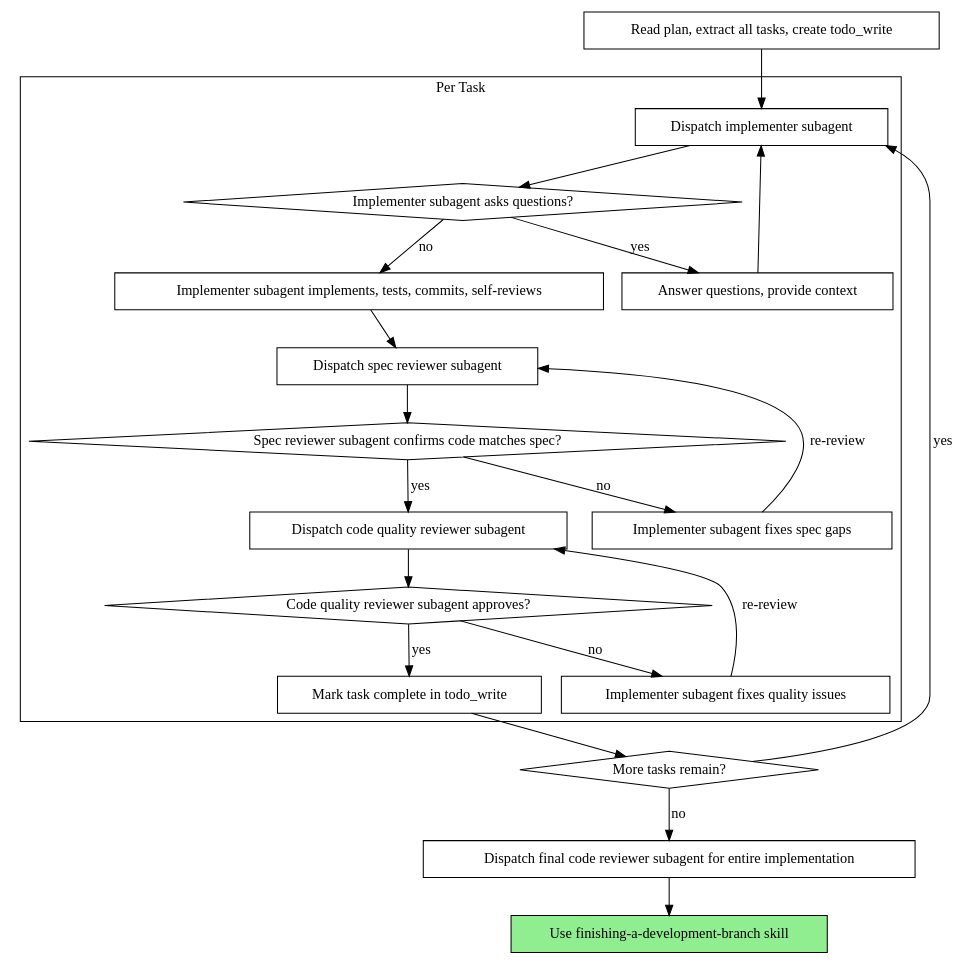
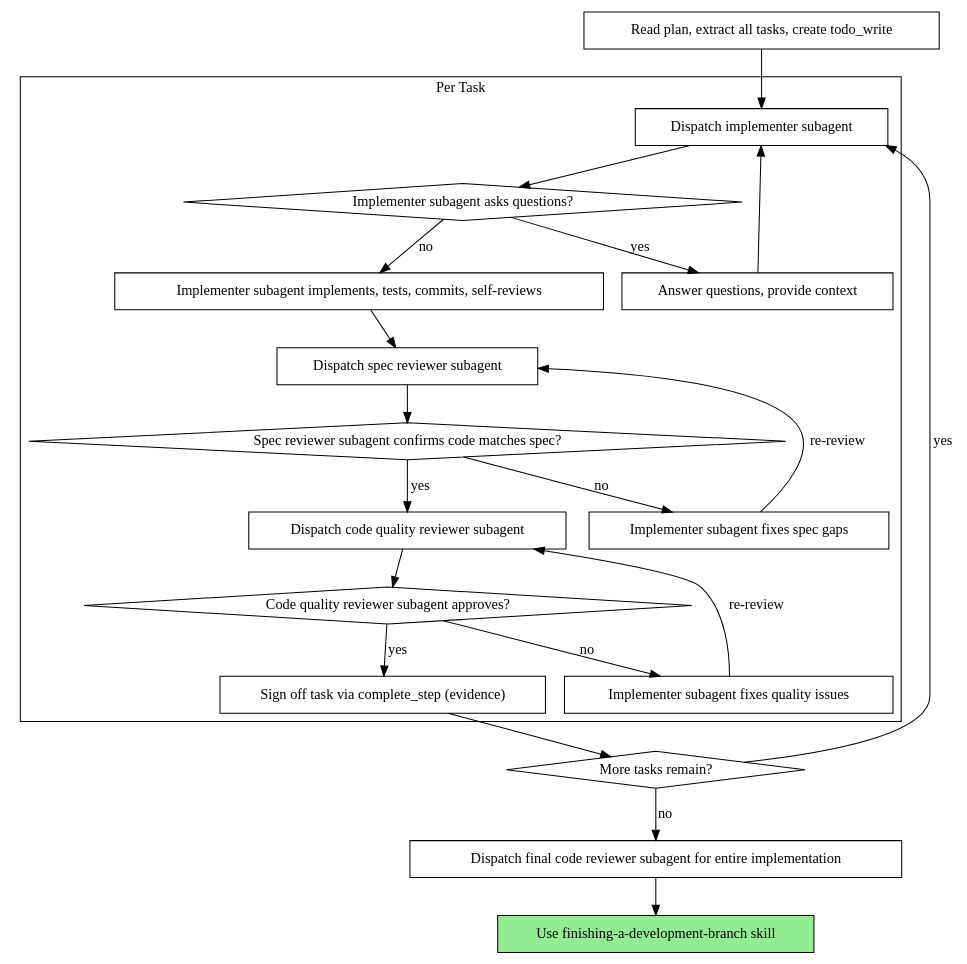
Before and after one commit to SunNull/reasonix-superpowers: the second of 2 diagrams in subagent-driven-development/SKILL.md, drawn with Graphviz. The commit also changed other lines of this file and 14 other files, not shown here.

````diff
--- a/subagent-driven-development/SKILL.md
+++ b/subagent-driven-development/SKILL.md
@@ -44,44 +44,44 @@
 ```dot
 digraph process {
     rankdir=TB;
 
     subgraph cluster_per_task {
         label="Per Task";
         "Dispatch implementer subagent" [shape=box];
         "Implementer subagent asks questions?" [shape=diamond];
         "Answer questions, provide context" [shape=box];
         "Implementer subagent implements, tests, commits, self-reviews" [shape=box];
         "Dispatch spec reviewer subagent" [shape=box];
         "Spec reviewer subagent confirms code matches spec?" [shape=diamond];
         "Implementer subagent fixes spec gaps" [shape=box];
         "Dispatch code quality reviewer subagent" [shape=box];
         "Code quality reviewer subagent approves?" [shape=diamond];
         "Implementer subagent fixes quality issues" [shape=box];
-        "Mark task complete in todo_write" [shape=box];
+        "Sign off task via complete_step (evidence)" [shape=box];
     }
 
     "Read plan, extract all tasks, create todo_write" [shape=box];
     "More tasks remain?" [shape=diamond];
     "Dispatch final code reviewer subagent for entire implementation" [shape=box];
     "Use finishing-a-development-branch skill" [shape=box style=filled fillcolor=lightgreen];
 
     "Read plan, extract all tasks, create todo_write" -> "Dispatch implementer subagent";
     "Dispatch implementer subagent" -> "Implementer subagent asks questions?";
     "Implementer subagent asks questions?" -> "Answer questions, provide context" [label="yes"];
     "Answer questions, provide context" -> "Dispatch implementer subagent";
     "Implementer subagent asks questions?" -> "Implementer subagent implements, tests, commits, self-reviews" [label="no"];
     "Implementer subagent implements, tests, commits, self-reviews" -> "Dispatch spec reviewer subagent";
     "Dispatch spec reviewer subagent" -> "Spec reviewer subagent confirms code matches spec?";
     "Spec reviewer subagent confirms code matches spec?" -> "Implementer subagent fixes spec gaps" [label="no"];
     "Implementer subagent fixes spec gaps" -> "Dispatch spec reviewer subagent" [label="re-review"];
     "Spec reviewer subagent confirms code matches spec?" -> "Dispatch code quality reviewer subagent" [label="yes"];
     "Dispatch code quality reviewer subagent" -> "Code quality reviewer subagent approves?";
     "Code quality reviewer subagent approves?" -> "Implementer subagent fixes quality issues" [label="no"];
     "Implementer subagent fixes quality issues" -> "Dispatch code quality reviewer subagent" [label="re-review"];
-    "Code quality reviewer subagent approves?" -> "Mark task complete in todo_write" [label="yes"];
-    "Mark task complete in todo_write" -> "More tasks remain?";
+    "Code quality reviewer subagent approves?" -> "Sign off task via complete_step (evidence)" [label="yes"];
+    "Sign off task via complete_step (evidence)" -> "More tasks remain?";
     "More tasks remain?" -> "Dispatch implementer subagent" [label="yes"];
     "More tasks remain?" -> "Dispatch final code reviewer subagent for entire implementation" [label="no"];
     "Dispatch final code reviewer subagent for entire implementation" -> "Use finishing-a-development-branch skill";
 }
 ```
````
